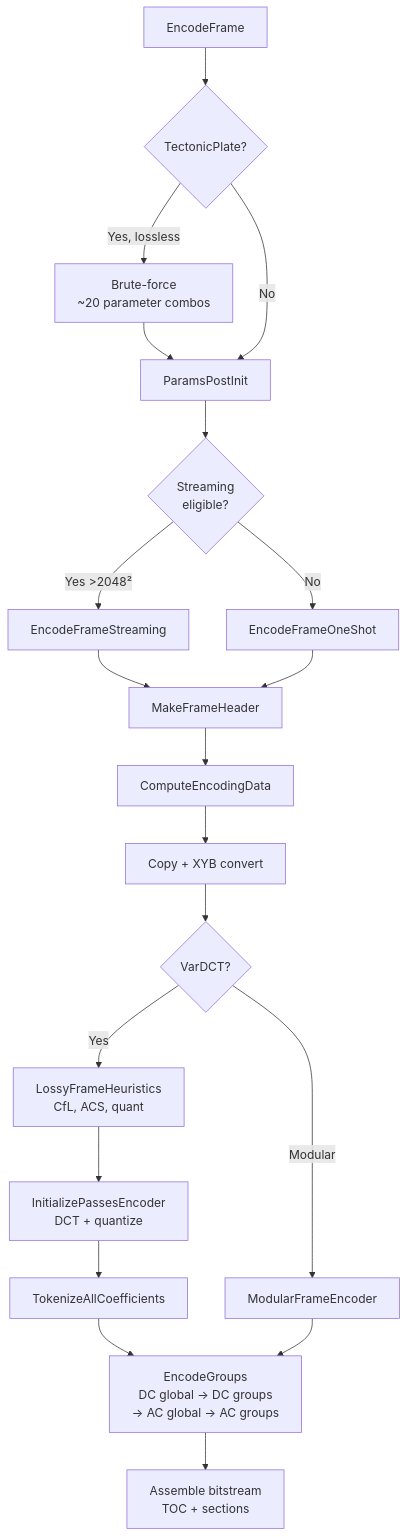
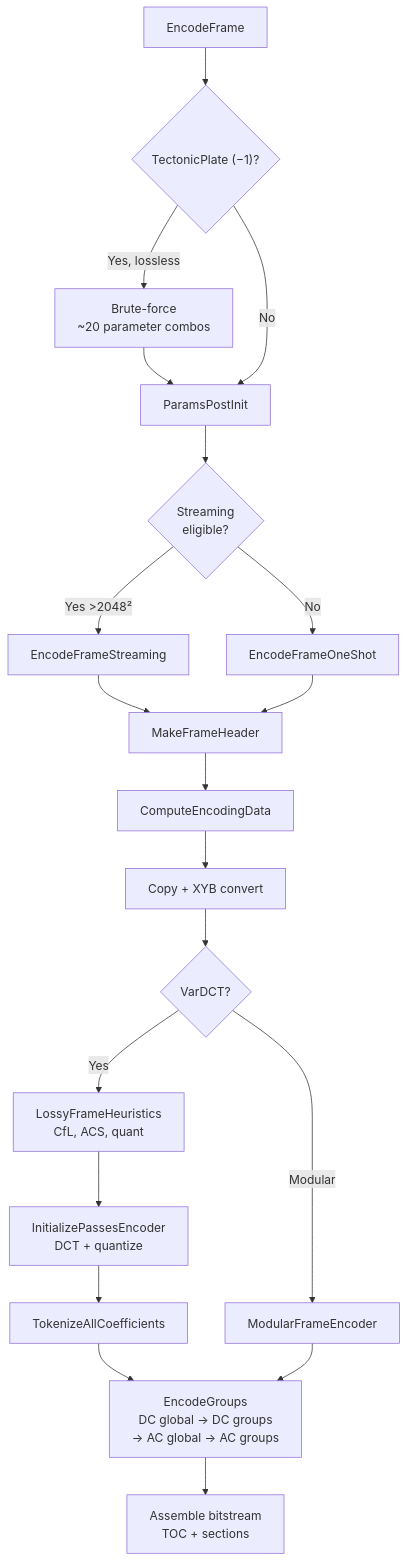
Before and after one commit to imazen/libjxl: the first of 2 diagrams in docs/src/encoder/pipeline-overview.md, drawn with Mermaid. The commit also changed other lines of this file and 17 other files, not shown here.

````diff
--- a/docs/src/encoder/pipeline-overview.md
+++ b/docs/src/encoder/pipeline-overview.md
@@ -3,22 +3,22 @@
 ```mermaid
 graph TD
-    A["EncodeFrame"] --> B{"TectonicPlate?"}
+    A["EncodeFrame"] --> B{"TectonicPlate (−1)?"}
     B -->|"Yes, lossless"| C["Brute-force<br/>~20 parameter combos"]
     C --> D["ParamsPostInit"]
     B -->|No| D
     D --> E{"Streaming<br/>eligible?"}
     E -->|"Yes >2048²"| F["EncodeFrameStreaming"]
     E -->|No| G["EncodeFrameOneShot"]
     F --> H["MakeFrameHeader"]
     G --> H
     H --> I["ComputeEncodingData"]
     I --> J["Copy + XYB convert"]
     J --> K{"VarDCT?"}
     K -->|Yes| L["LossyFrameHeuristics<br/>CfL, ACS, quant"]
     K -->|Modular| M["ModularFrameEncoder"]
     L --> N["InitializePassesEncoder<br/>DCT + quantize"]
     N --> O["TokenizeAllCoefficients"]
     O --> P["EncodeGroups<br/>DC global → DC groups<br/>→ AC global → AC groups"]
     M --> P
     P --> Q["Assemble bitstream<br/>TOC + sections"]
 ```
````
